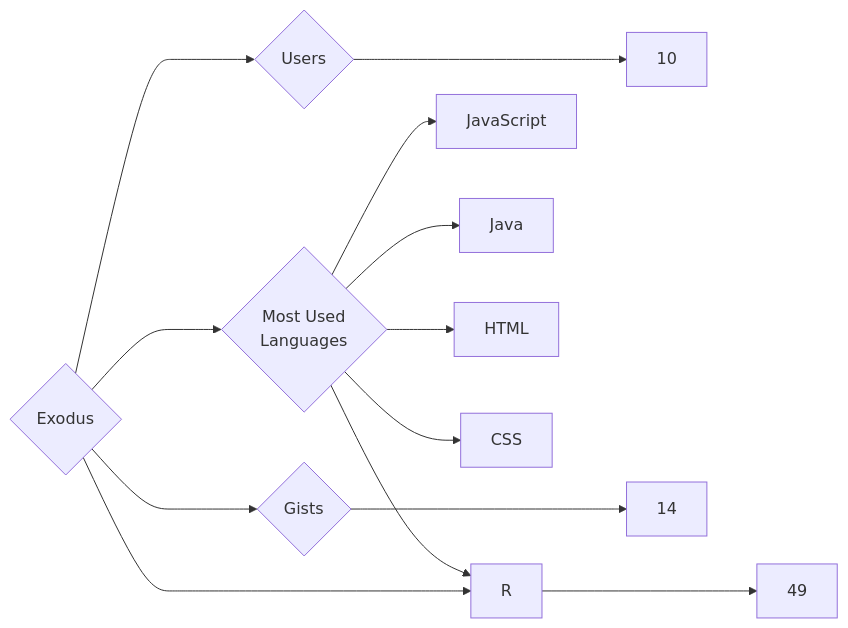
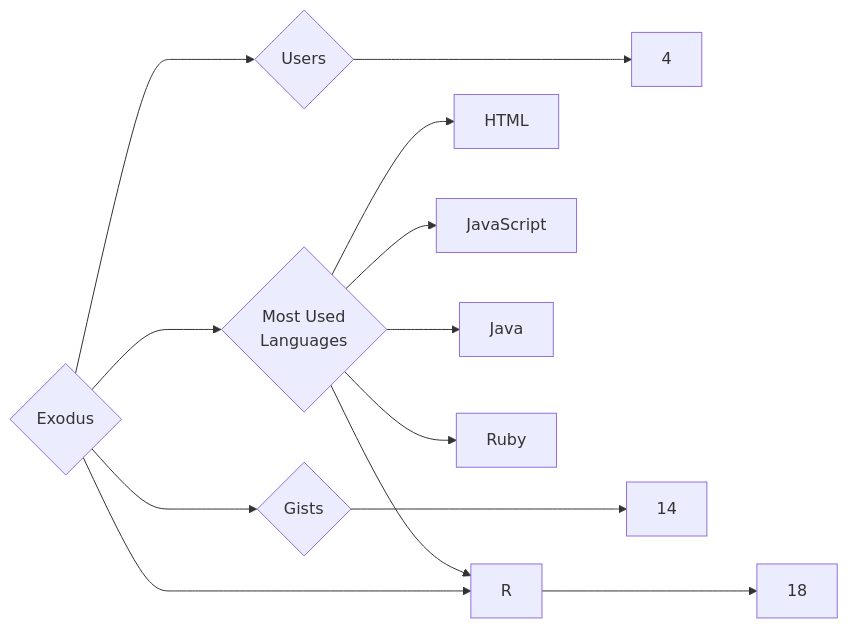
Before and after one commit to trickest/insiders: the diagram in targets/Exodus/README.md, drawn with Mermaid. The commit also changed 1020 other files, not shown here.

````diff
--- a/targets/Exodus/README.md
+++ b/targets/Exodus/README.md
@@ -3,13 +3,13 @@
 ```mermaid
 graph LR
 COMPANY_NAME{Exodus}
-COMPANY_NAME ---> U{Users} ---> UN[10]
-COMPANY_NAME ---> R{Repositories} ---> RN[49]
+COMPANY_NAME ---> U{Users} ---> UN[4]
+COMPANY_NAME ---> R{Repositories} ---> RN[18]
 COMPANY_NAME ---> G{Gists} ---> GN[14]
 COMPANY_NAME ---> ML{Most Used<br>Languages}
+ML --> HTML[HTML]
 ML --> JavaScript[JavaScript]
 ML --> Java[Java]
-ML --> HTML[HTML]
-ML --> CSS[CSS]
+ML --> Ruby[Ruby]
 ML --> R[R]
 ```
````
